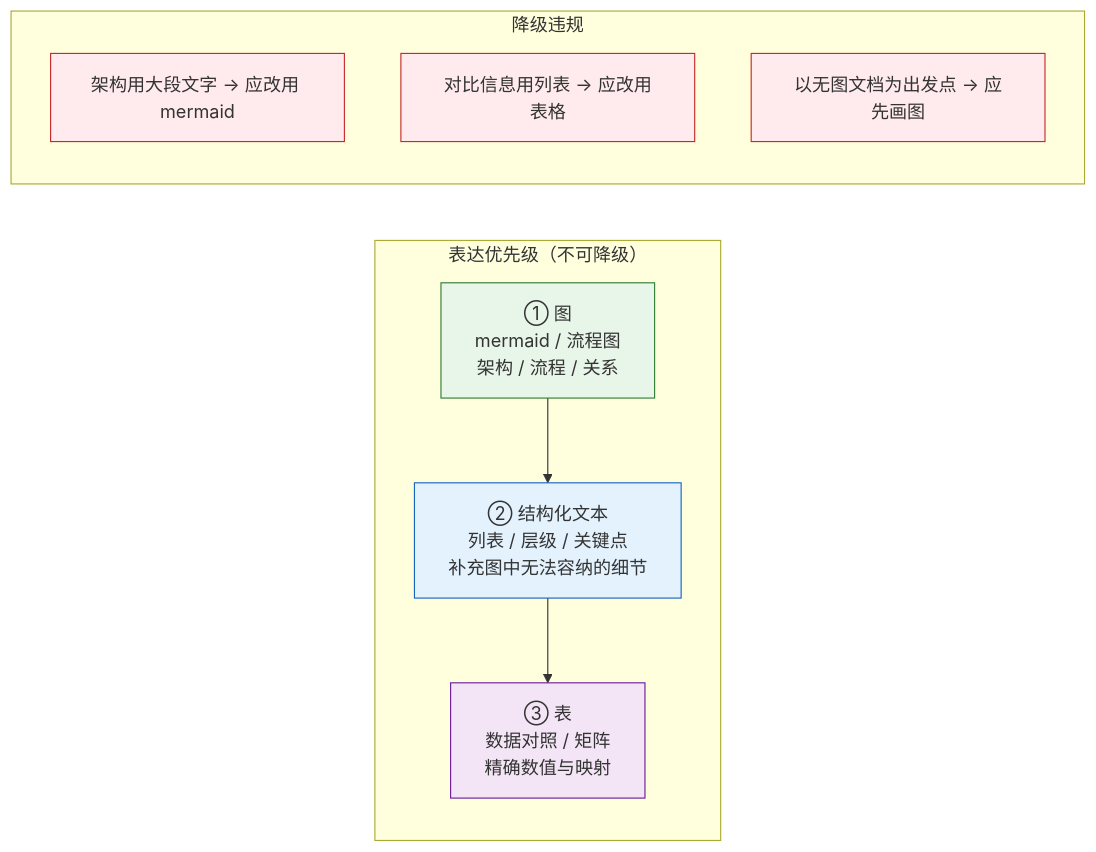
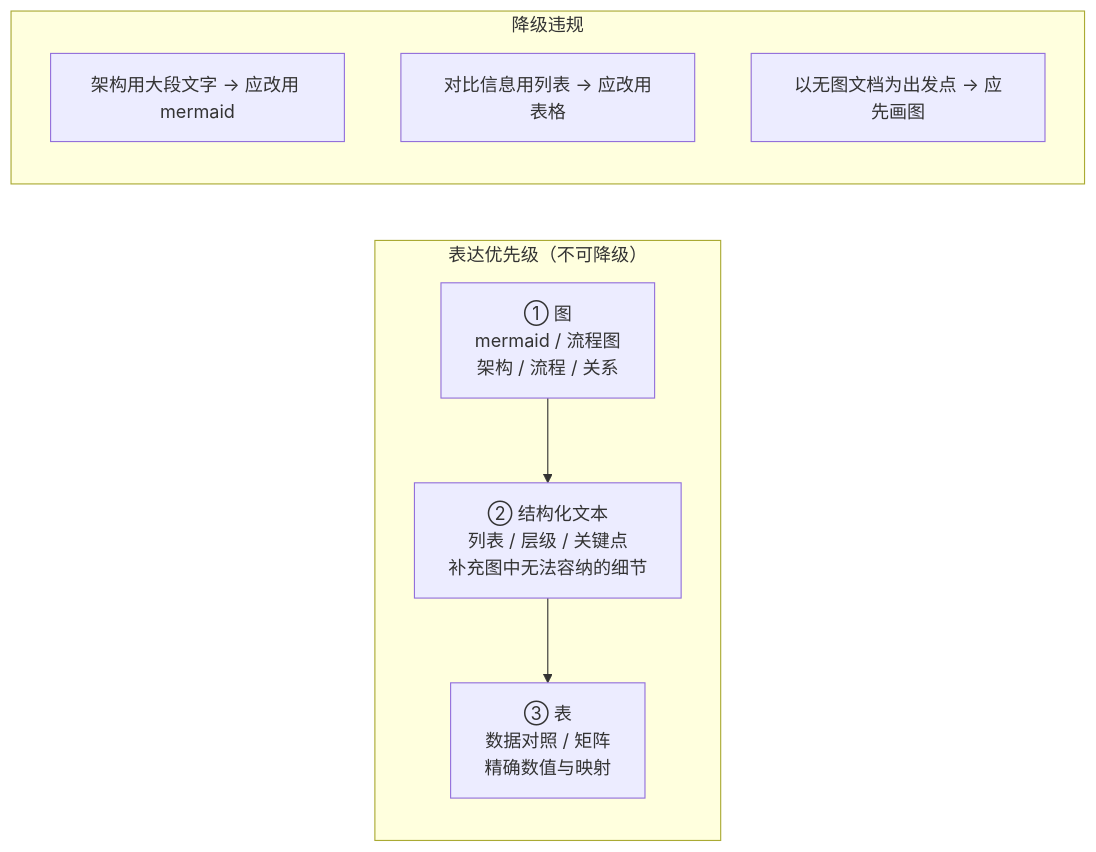
Before and after one commit to effiy/YrY: the third of 11 diagrams in rules/doc-generation.md, drawn with Mermaid. The commit also changed other lines of this file and 61 other files, not shown here.

````diff
--- a/rules/doc-generation.md
+++ b/rules/doc-generation.md
@@ -193,20 +190,16 @@
 ```mermaid
 flowchart LR
     subgraph 优先级["表达优先级（不可降级）"]
         A["① 图<br/>mermaid / 流程图<br/>架构 / 流程 / 关系"]:::first
         B["② 结构化文本<br/>列表 / 层级 / 关键点<br/>补充图中无法容纳的细节"]:::second
         C["③ 表<br/>数据对照 / 矩阵<br/>精确数值与映射"]:::third
     end
     A --> B --> C
 
     subgraph 反例["降级违规"]
         X1["架构用大段文字 → 应改用 mermaid"]:::bad
         X2["对比信息用列表 → 应改用表格"]:::bad
         X3["以无图文档为出发点 → 应先画图"]:::bad
     end
 
-    classDef first fill:#e8f5e9,stroke:#2e7d32;
-    classDef second fill:#e3f2fd,stroke:#1565c0;
-    classDef third fill:#f3e5f5,stroke:#6a1b9a;
-    classDef bad fill:#ffebee,stroke:#c62828;
 ```
````
